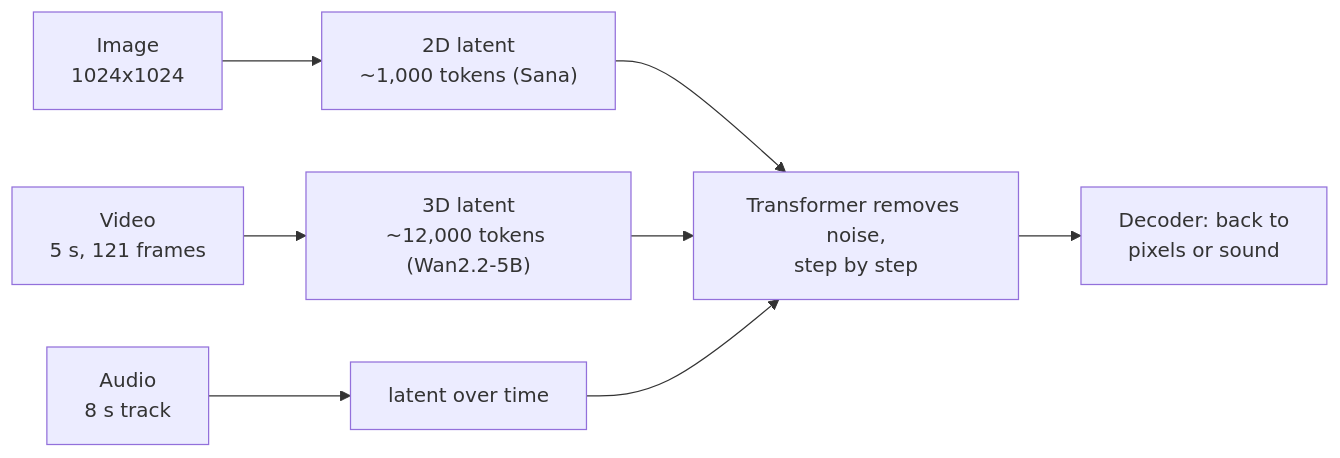
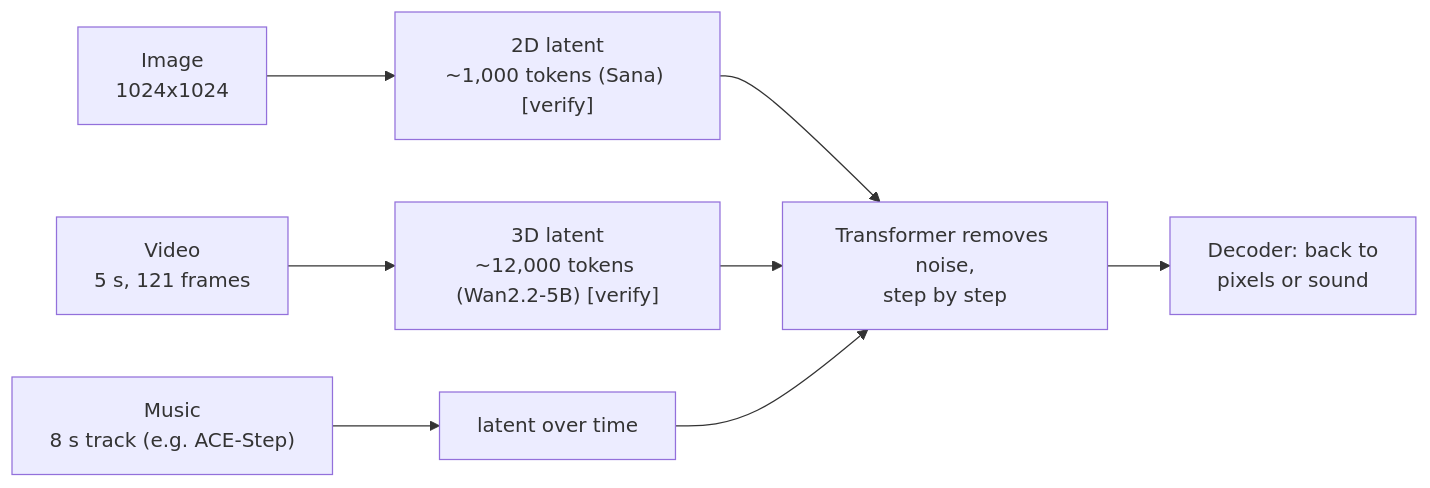
Before and after one commit to DataTalksClub/production-ai-agents-for-media-generation: the second of 3 diagrams in 01-consistent-media-generation-on-serverless-gpus/01-landscape.md, drawn with Mermaid. The commit also changed other lines of this file and 10 other files, not shown here.

````diff
--- a/01-consistent-media-generation-on-serverless-gpus/01-landscape.md
+++ b/01-consistent-media-generation-on-serverless-gpus/01-landscape.md
@@ -57,10 +57,10 @@
 ```mermaid
 flowchart LR
-  I["Image<br/>1024x1024"] --> IL["2D latent<br/>~1,000 tokens (Sana)"]
-  V["Video<br/>5 s, 121 frames"] --> VL["3D latent<br/>~12,000 tokens (Wan2.2-5B)"]
-  A["Audio<br/>8 s track"] --> AL["latent over time"]
+  I["Image<br/>1024x1024"] --> IL["2D latent<br/>~1,000 tokens (Sana) [verify]"]
+  V["Video<br/>5 s, 121 frames"] --> VL["3D latent<br/>~12,000 tokens (Wan2.2-5B) [verify]"]
+  A["Music<br/>8 s track (e.g. ACE-Step)"] --> AL["latent over time"]
   IL --> T["Transformer removes noise,<br/>step by step"]
   VL --> T
   AL --> T
   T --> D["Decoder: back to<br/>pixels or sound"]
 ```
````
